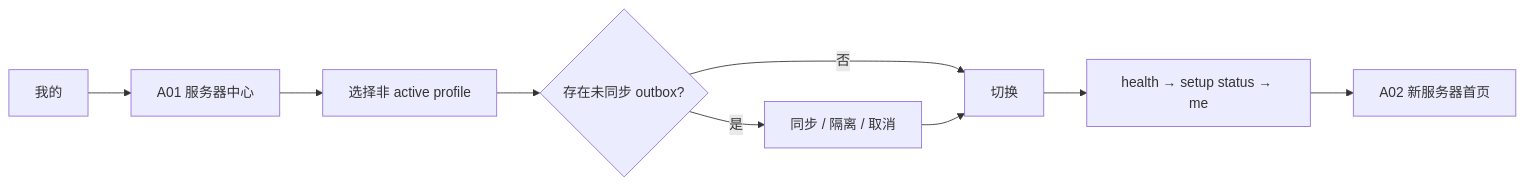
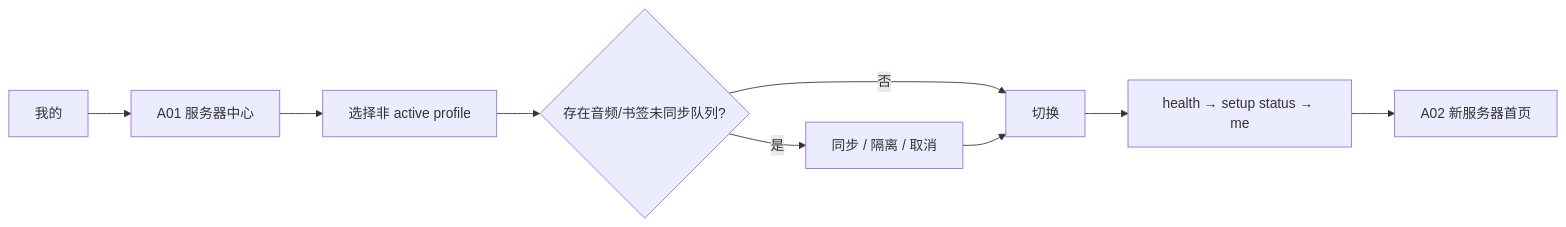
One commit to GMD170629/ermao-library changed the seventh of 7 diagrams in docs/mobile-app-phase-3-user-flows-and-wireframes.md. Above: the diagram before and after it, drawn with Mermaid. The commit also changed other lines of this file and 316 other files, not shown here.

````diff
--- a/docs/mobile-app-phase-3-user-flows-and-wireframes.md
+++ b/docs/mobile-app-phase-3-user-flows-and-wireframes.md
@@ -316,11 +321,11 @@
 ```mermaid
 flowchart LR
     Me["我的"] --> Center["A01 服务器中心"]
     Center --> Target["选择非 active profile"]
-    Target --> Pending{"存在未同步 outbox?"}
+    Target --> Pending{"存在音频/书签未同步队列?"}
     Pending -- "否" --> Switch["切换"]
     Pending -- "是" --> Dialog["同步 / 隔离 / 取消"]
     Dialog --> Switch
     Switch --> Gate["health → setup status → me"]
     Gate --> Home["A02 新服务器首页"]
 ```
````
